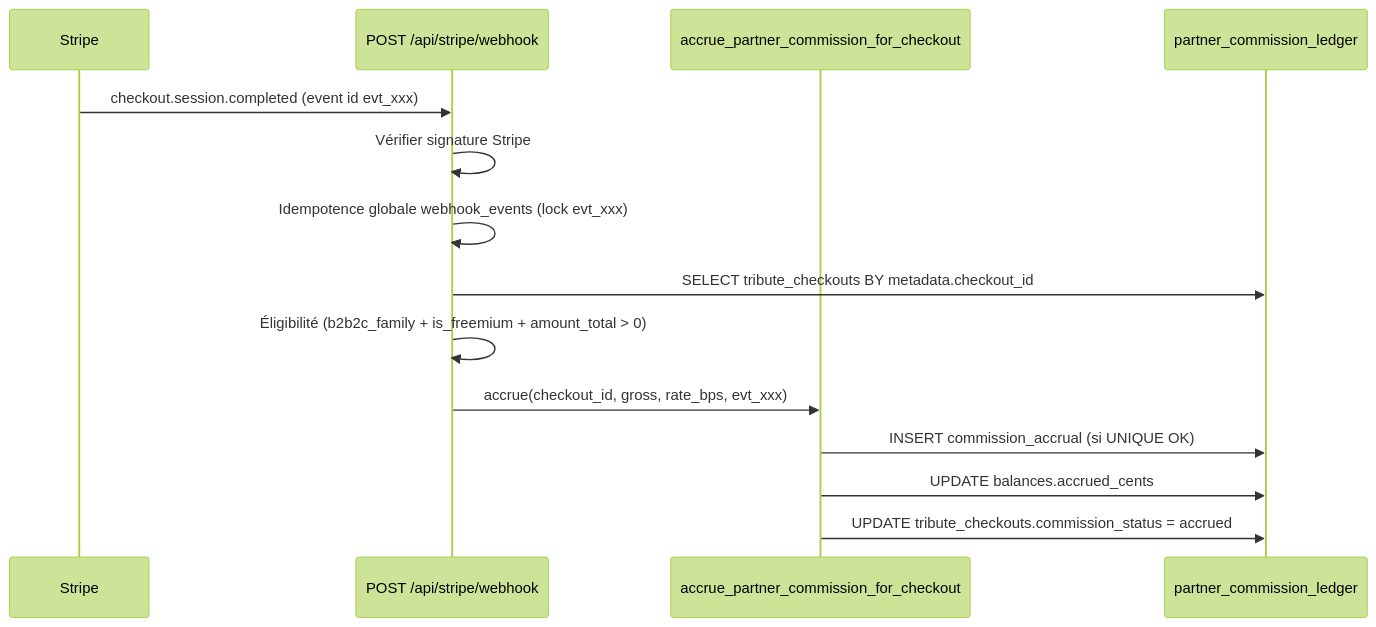
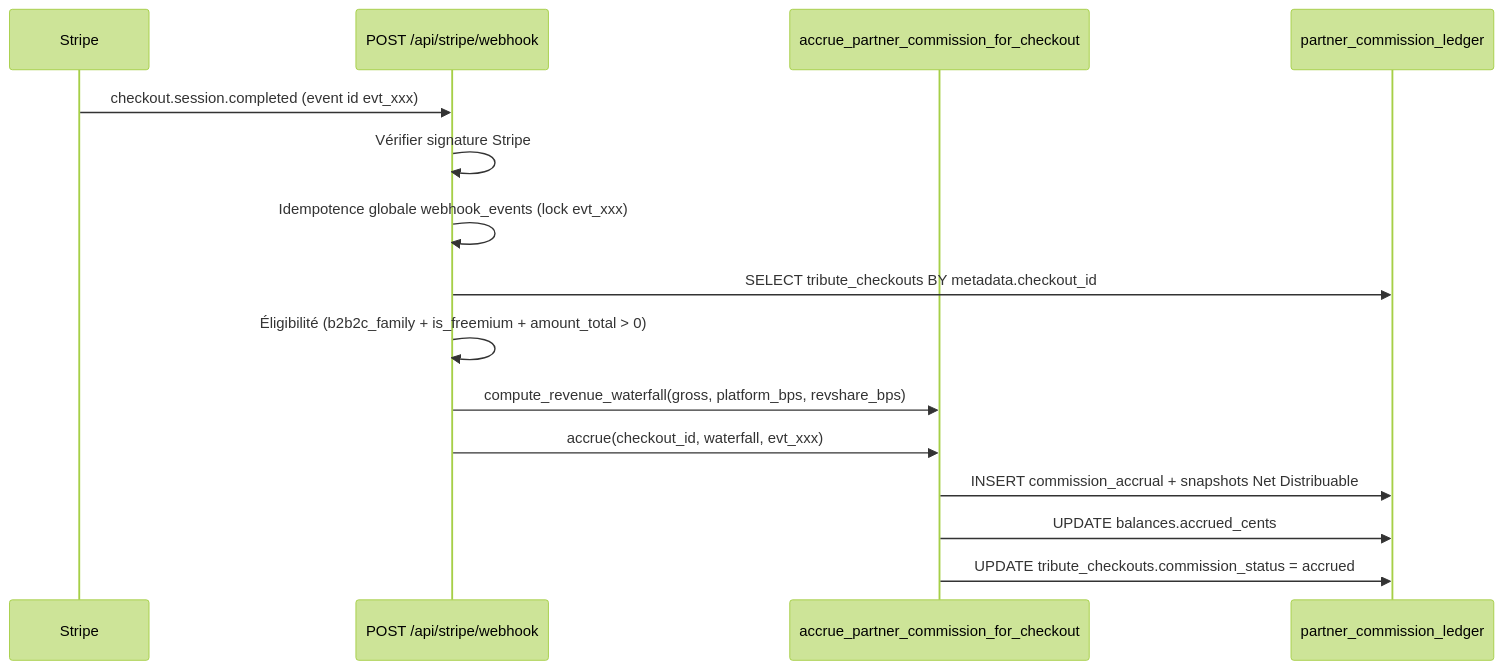
The second of 2 diagrams in docs/PARTNER_REVSHARE.md (Lyra-OD/odyssey-web), drawn with Mermaid (forest theme) before and after one commit. The commit also changed other lines of this file and 10 other files, not shown here.

First line of the commit message:
docs(commerce): modèle Bulletproof — RevShare sur Net Distribuable (Phase 1)

````diff
--- a/docs/PARTNER_REVSHARE.md
+++ b/docs/PARTNER_REVSHARE.md
@@ -192,17 +210,18 @@
 ```mermaid
 sequenceDiagram
   participant S as Stripe
   participant WH as POST /api/stripe/webhook
   participant RPC as accrue_partner_commission_for_checkout
   participant DB as partner_commission_ledger
 
   S->>WH: checkout.session.completed (event id evt_xxx)
   WH->>WH: Vérifier signature Stripe
   WH->>WH: Idempotence globale webhook_events (lock evt_xxx)
   WH->>DB: SELECT tribute_checkouts BY metadata.checkout_id
   WH->>WH: Éligibilité (b2b2c_family + is_freemium + amount_total > 0)
-  WH->>RPC: accrue(checkout_id, gross, rate_bps, evt_xxx)
-  RPC->>DB: INSERT commission_accrual (si UNIQUE OK)
+  WH->>RPC: compute_revenue_waterfall(gross, platform_bps, revshare_bps)
+  WH->>RPC: accrue(checkout_id, waterfall, evt_xxx)
+  RPC->>DB: INSERT commission_accrual + snapshots Net Distribuable
   RPC->>DB: UPDATE balances.accrued_cents
   RPC->>DB: UPDATE tribute_checkouts.commission_status = accrued
 ```
````
